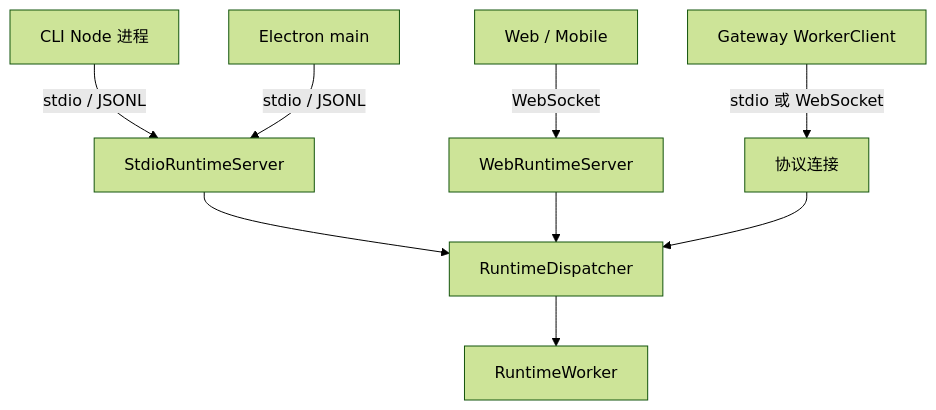
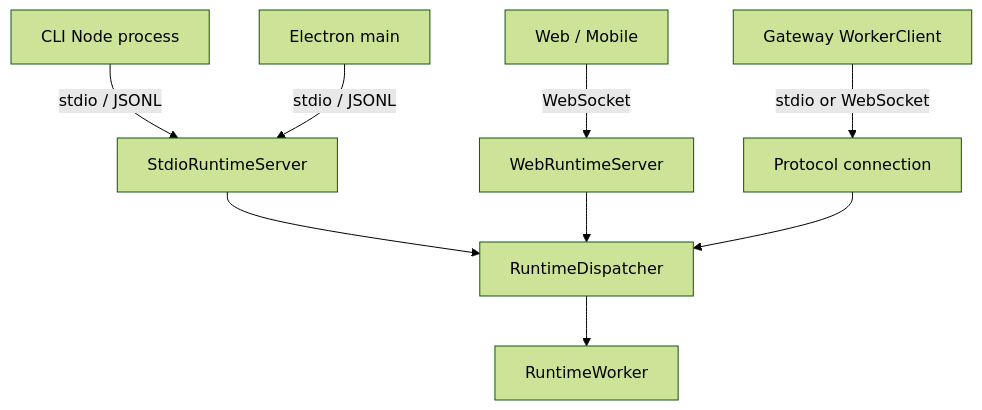
The diagram in docs/internals/00-architecture/transports.md (Azzurroooo/rind), drawn with Mermaid (forest theme) before and after one commit. The commit also changed other lines of this file and 109 other files, not shown here.

```diff
--- a/docs/internals/00-architecture/transports.md
+++ b/docs/internals/00-architecture/transports.md
@@ -5,11 +7,11 @@
 ~~~mermaid
 flowchart TB
-    CLI["CLI Node 进程"] -->|"stdio / JSONL"| WS["StdioRuntimeServer"]
+    CLI["CLI Node process"] -->|"stdio / JSONL"| WS["StdioRuntimeServer"]
     DESK["Electron main"] -->|"stdio / JSONL"| WS
     WEB["Web / Mobile"] -->|"WebSocket"| WW["WebRuntimeServer"]
-    GATE["Gateway WorkerClient"] -->|"stdio 或 WebSocket"| X["协议连接"]
+    GATE["Gateway WorkerClient"] -->|"stdio or WebSocket"| X["Protocol connection"]
     WS --> D["RuntimeDispatcher"]
     WW --> D
     X --> D
     D --> W["RuntimeWorker"]
 ~~~
```
